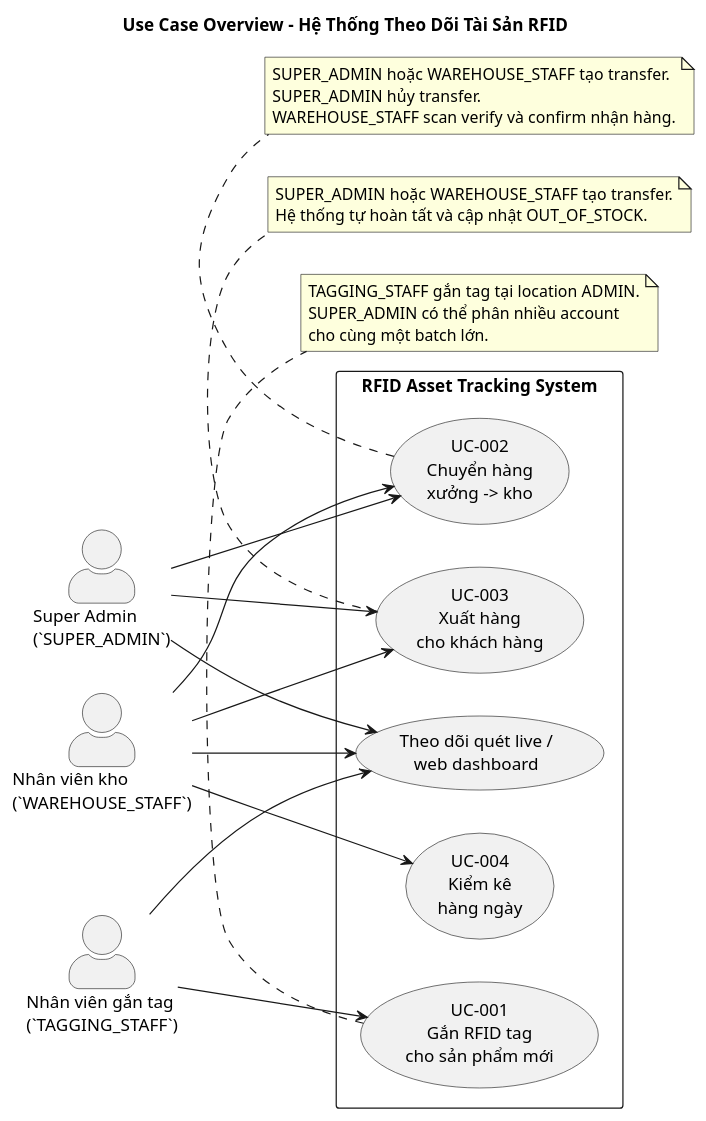
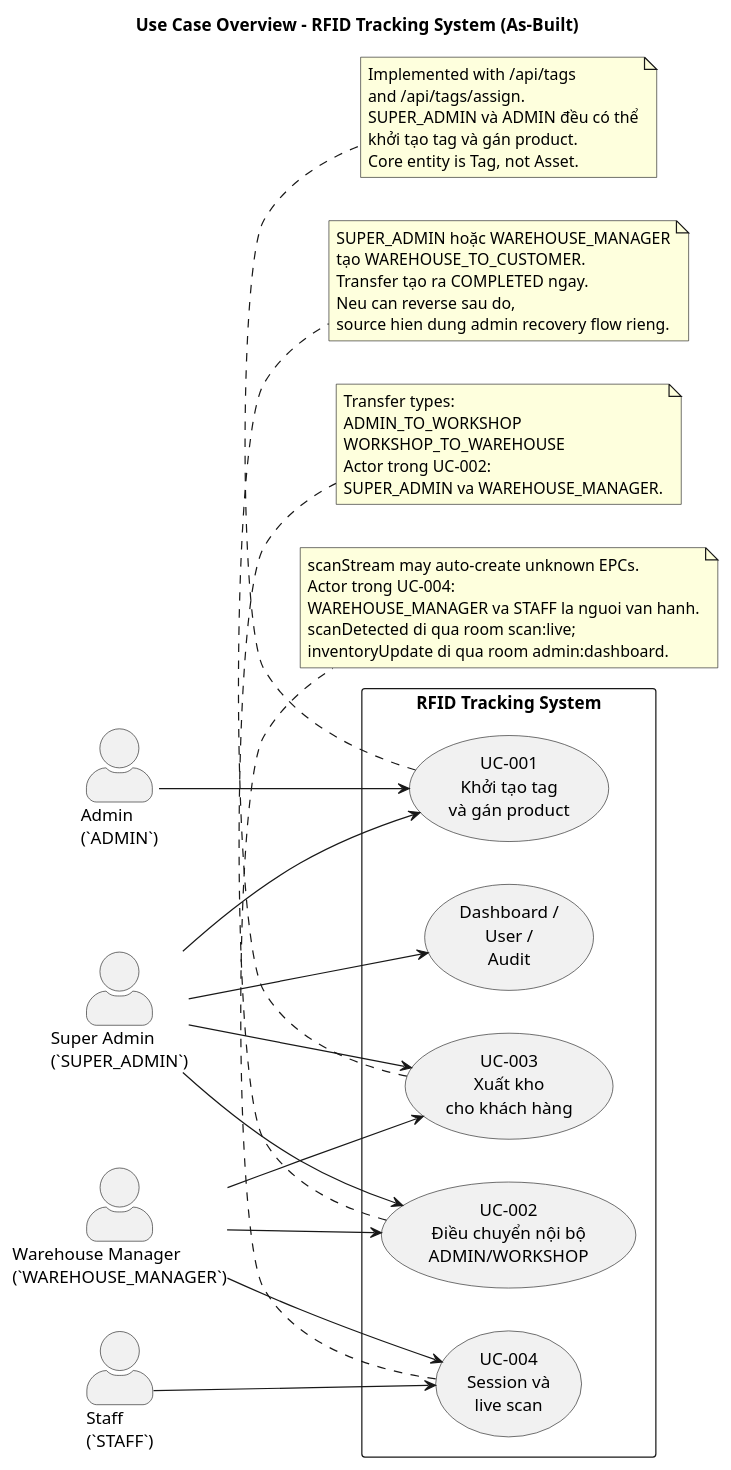
One commit to Tuoi-SE/rfid-app changed the diagram in docs/diagrams/rfid-usecase-overview.puml. Above: the diagram before and after it, drawn with PlantUML. The commit also changed 16 other files, not shown here.

Commit message:
docs: update system architecture diagrams, add logical ERD, and synchronize documentation with current backend implementation

```diff
--- a/docs/diagrams/rfid-usecase-overview.puml
+++ b/docs/diagrams/rfid-usecase-overview.puml
@@ -1,48 +1,64 @@
 @startuml
-title Use Case Overview - Hệ Thống Theo Dõi Tài Sản RFID
+title Use Case Overview - RFID Tracking System (As-Built)
 
 left to right direction
 skinparam shadowing false
 skinparam actorStyle awesome
 skinparam packageStyle rectangle
 
 actor "Super Admin\n(`SUPER_ADMIN`)" as SA
-actor "Nhân viên gắn tag\n(`TAGGING_STAFF`)" as TS
-actor "Nhân viên kho\n(`WAREHOUSE_STAFF`)" as WS
+actor "Admin\n(`ADMIN`)" as AD
+actor "Warehouse Manager\n(`WAREHOUSE_MANAGER`)" as WM
+actor "Staff\n(`STAFF`)" as ST
 
-rectangle "RFID Asset Tracking System" {
-  usecase "UC-001\nGắn RFID tag\ncho sản phẩm mới" as UC1
-  usecase "UC-002\nChuyển hàng\nxưởng -> kho" as UC2
-  usecase "UC-003\nXuất hàng\ncho khách hàng" as UC3
-  usecase "UC-004\nKiểm kê\nhàng ngày" as UC4
-  usecase "Theo dõi quét live /\nweb dashboard" as UCW
+rectangle "RFID Tracking System" {
+  usecase "UC-001\nKhởi tạo tag\nvà gán product" as UC1
+  usecase "UC-002\nĐiều chuyển nội bộ\nADMIN/WORKSHOP" as UC2
+  usecase "UC-003\nXuất kho\ncho khách hàng" as UC3
+  usecase "UC-004\nSession và\nlive scan" as UC4
+  usecase "Dashboard /\nUser /\nAudit" as UCW
 }
 
-TS --> UC1
 SA --> UC2
-WS --> UC2
 SA --> UC3
-WS --> UC3
-WS --> UC4
 SA --> UCW
-TS --> UCW
-WS --> UCW
+SA --> UC1
+AD --> UC1
+WM --> UC2
+WM --> UC3
+WM --> UC4
+ST --> UC4
 
 note bottom of UC1
-TAGGING_STAFF gắn tag tại location ADMIN.
-SUPER_ADMIN có thể phân nhiều account
-cho cùng một batch lớn.
+Implemented with /api/tags
+and /api/tags/assign.
+SUPER_ADMIN và ADMIN đều có thể
+khởi tạo tag và gán product.
+Core entity is Tag, not Asset.
 end note
 
 note bottom of UC2
-SUPER_ADMIN hoặc WAREHOUSE_STAFF tạo transfer.
-SUPER_ADMIN hủy transfer.
-WAREHOUSE_STAFF scan verify và confirm nhận hàng.
+Transfer types:
+ADMIN_TO_WORKSHOP
+WORKSHOP_TO_WAREHOUSE
+Actor trong UC-002:
+SUPER_ADMIN va WAREHOUSE_MANAGER.
 end note
 
 note bottom of UC3
-SUPER_ADMIN hoặc WAREHOUSE_STAFF tạo transfer.
-Hệ thống tự hoàn tất và cập nhật OUT_OF_STOCK.
+SUPER_ADMIN hoặc WAREHOUSE_MANAGER
+tạo WAREHOUSE_TO_CUSTOMER.
+Transfer tạo ra COMPLETED ngay.
+Neu can reverse sau do,
+source hien dung admin recovery flow rieng.
+end note
+
+note bottom of UC4
+scanStream may auto-create unknown EPCs.
+Actor trong UC-004:
+WAREHOUSE_MANAGER va STAFF la nguoi van hanh.
+scanDetected di qua room scan:live;
+inventoryUpdate di qua room admin:dashboard.
 end note
 
 @enduml
```
